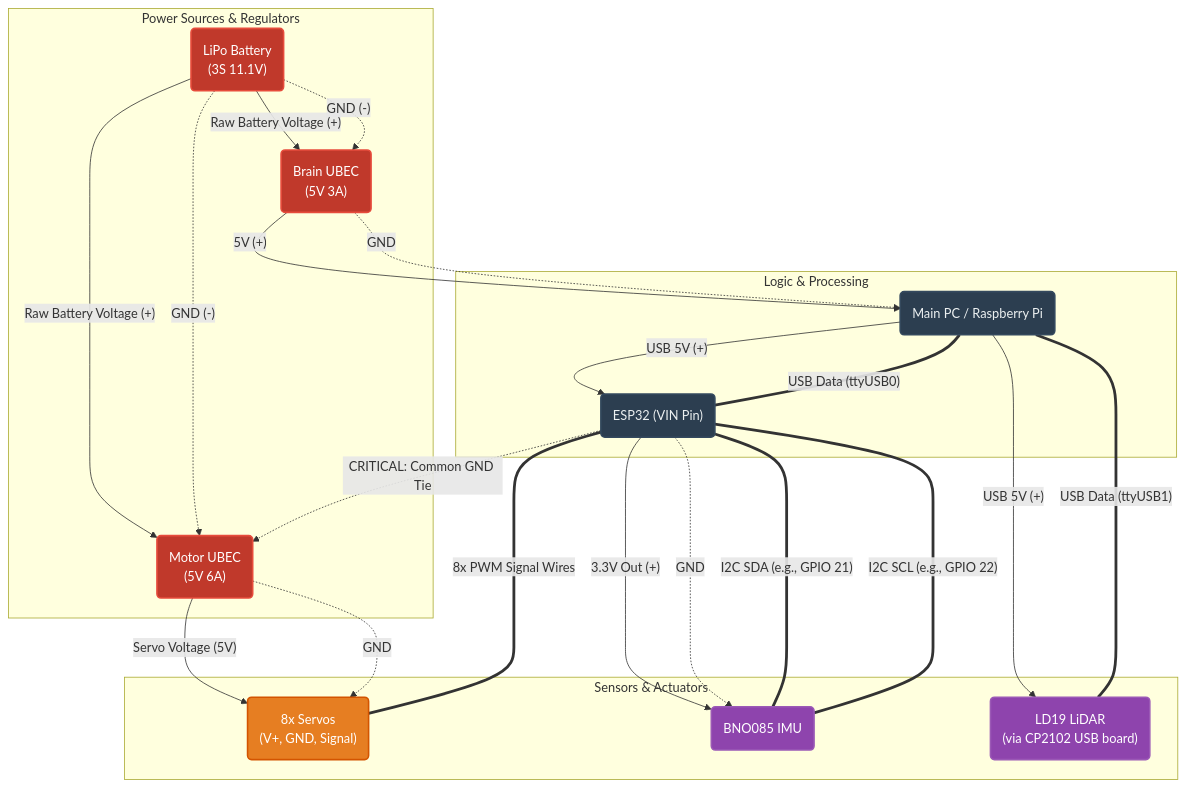
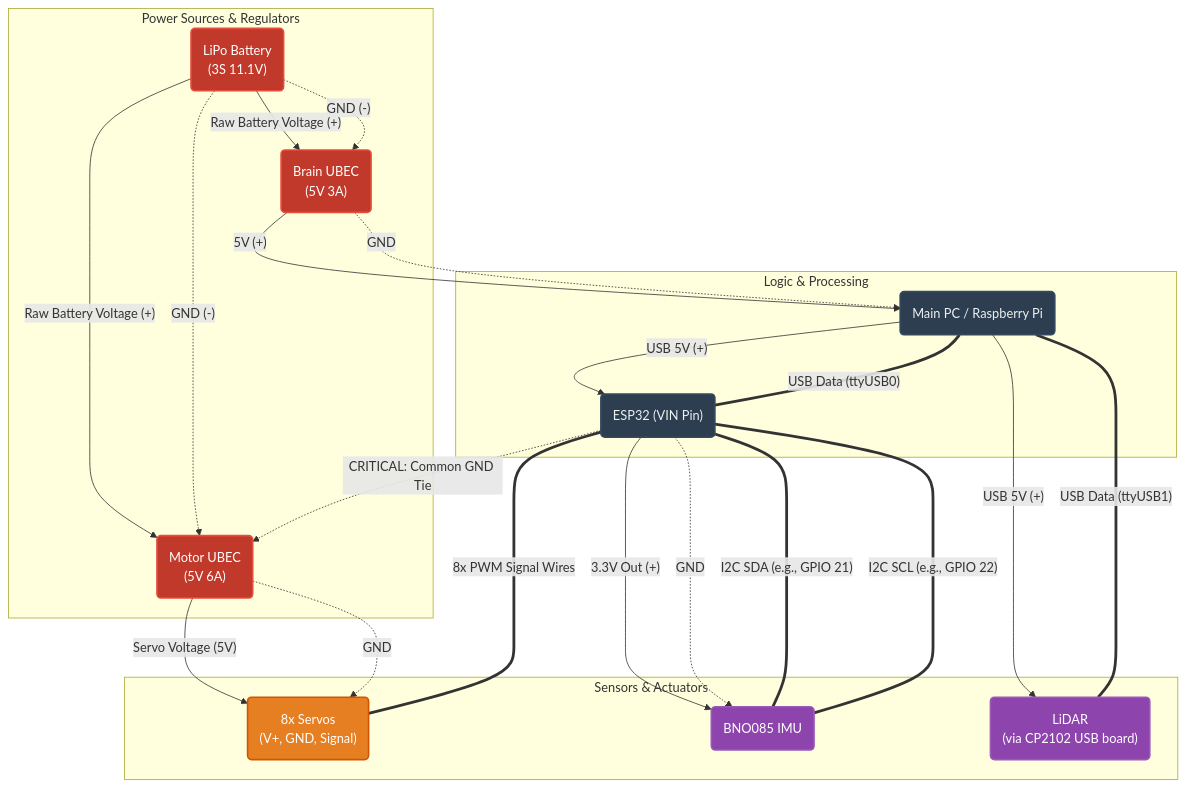
The diagram in PartsREADME.md (joschmaCYU/Quadruped), drawn with Mermaid before and after one commit. The commit also changed other lines of this file and 4 other files, not shown here.

````diff
--- a/PartsREADME.md
+++ b/PartsREADME.md
@@ -23,55 +39,55 @@
 ```mermaid
 graph TD
     %% Define Styles
     classDef power fill:#c0392b,stroke:#e74c3c,stroke-width:2px,color:#fff
     classDef compute fill:#2c3e50,stroke:#34495e,stroke-width:2px,color:#ecf0f1
     classDef sensor fill:#8e44ad,stroke:#9b59b6,stroke-width:2px,color:#fff
     classDef motor fill:#e67e22,stroke:#d35400,stroke-width:2px,color:#fff
 
     subgraph Power_Distribution ["Power Sources & Regulators"]
         BATT("LiPo Battery<br>(3S 11.1V)"):::power
         UBEC_ESP("Brain UBEC<br>(5V 3A)"):::power
         UBEC_SRV("Motor UBEC<br>(5V 6A)"):::power
     end
 
     subgraph Computing ["Logic & Processing"]
         PC("Main PC / Raspberry Pi"):::compute
         ESP32("ESP32 (VIN Pin)"):::compute
     end
 
     subgraph Peripherals ["Sensors & Actuators"]
         SERVOS("8x Servos<br>(V+, GND, Signal)"):::motor
         IMU("BNO085 IMU"):::sensor
-        LD19("LD19 LiDAR<br>(via CP2102 USB board)"):::sensor
+        LD19("LiDAR<br>(via CP2102 USB board)"):::sensor
     end
 
     %% --- POWER ROUTING (Solid Lines) ---
     BATT -->|"Raw Battery Voltage (+)"| UBEC_ESP
     BATT -->|"Raw Battery Voltage (+)"| UBEC_SRV
 
     UBEC_ESP -->|"5V (+)"| PC
     UBEC_SRV -->|"Servo Voltage (5V)"| SERVOS
 
     ESP32 -->|"3.3V Out (+)"| IMU
     PC -->|"USB 5V (+)"| LD19
 
     %% --- GROUND ROUTING (Dotted Lines) ---
     BATT -.->|"GND (-)"| UBEC_ESP
     BATT -.->|"GND (-)"| UBEC_SRV
     UBEC_ESP -.->|"GND"| PC
     UBEC_SRV -.->|"GND"| SERVOS
     ESP32 -.->|"GND"| IMU
 
     %% CRITICAL: Common Ground Tie
     ESP32 -.->|"CRITICAL: Common GND Tie"| UBEC_SRV
 
     %% --- DATA ROUTING (Thick Lines) ---
     PC -->|"USB 5V (+)"| ESP32
     PC ===|"USB Data (ttyUSB0)"| ESP32
     PC ===|"USB Data (ttyUSB1)"| LD19
 
     ESP32 ===|"I2C SDA (e.g., GPIO 21)"| IMU
     ESP32 ===|"I2C SCL (e.g., GPIO 22)"| IMU
 
     ESP32 ===|"8x PWM Signal Wires"| SERVOS
 ```
````
